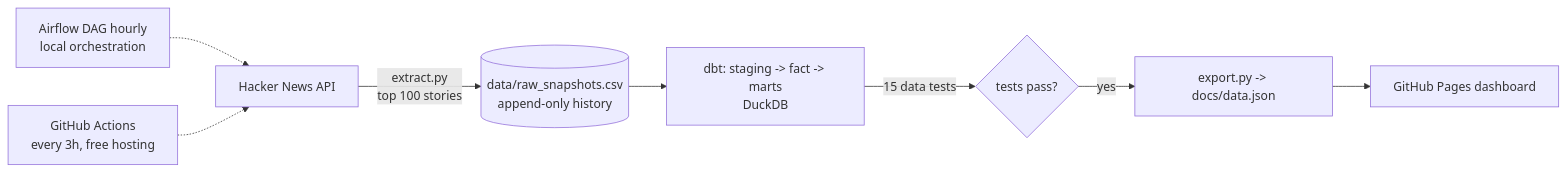
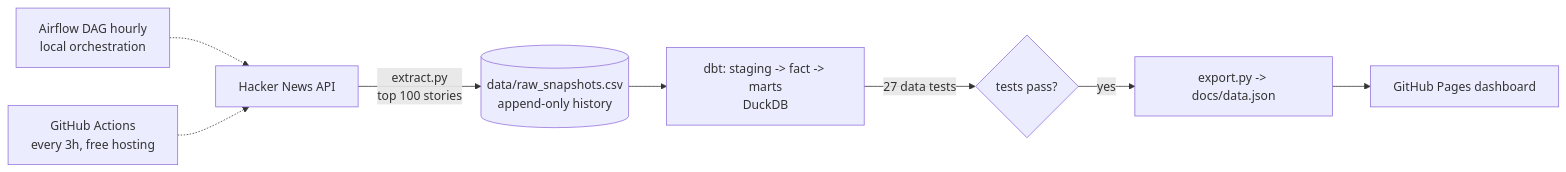
One commit to VasilenData/hn-pulse changed the diagram in README.md. Above: the diagram before and after it, drawn with Mermaid. The commit also changed other lines of this file and 7 other files, not shown here.

Commit message:
Add data contracts, 27 tests, freshness gate, health report and lineage

````diff
--- a/README.md
+++ b/README.md
@@ -13,10 +13,10 @@
 ```mermaid
 flowchart LR
     A[Hacker News API] -->|extract.py<br/>top 100 stories| B[(data/raw_snapshots.csv<br/>append-only history)]
     B --> C[dbt: staging -> fact -> marts<br/>DuckDB]
-    C -->|15 data tests| D{tests pass?}
+    C -->|27 data tests| D{tests pass?}
     D -->|yes| E[export.py -> docs/data.json]
     E --> F[GitHub Pages dashboard]
     G[Airflow DAG hourly<br/>local orchestration] -.-> A
     H[GitHub Actions<br/>every 3h, free hosting] -.-> A
 ```
````
